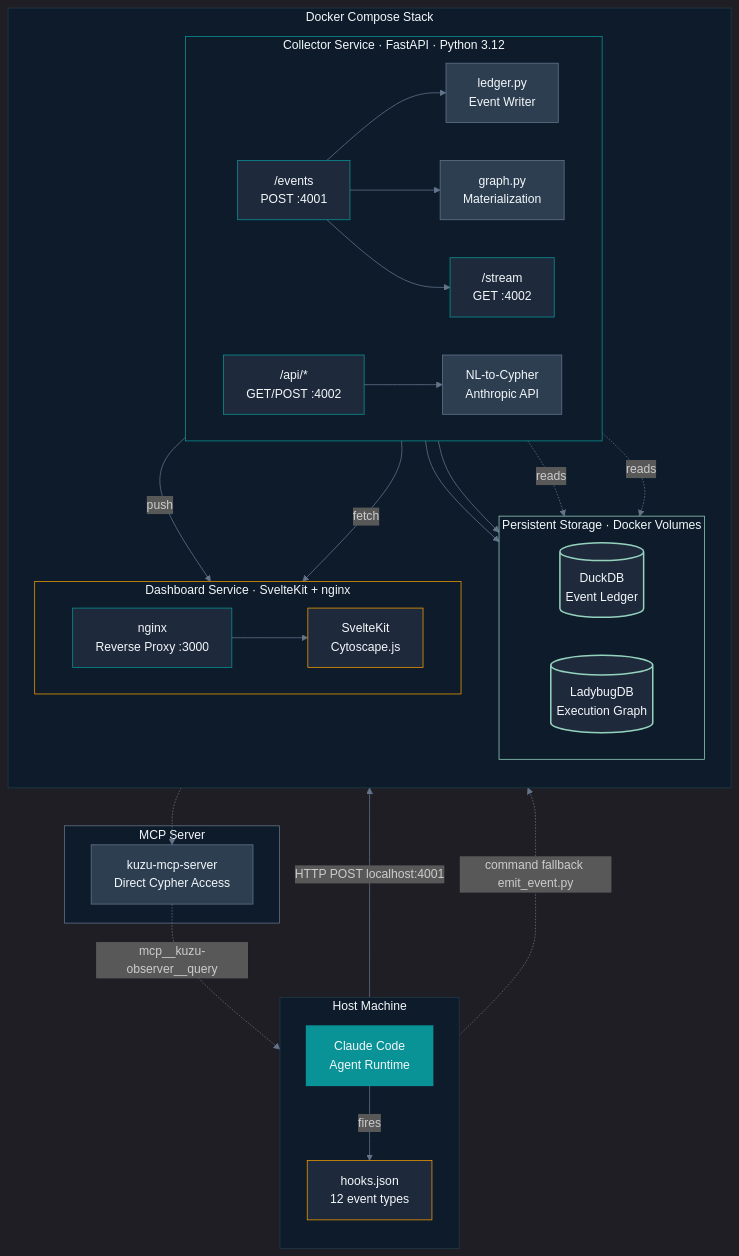
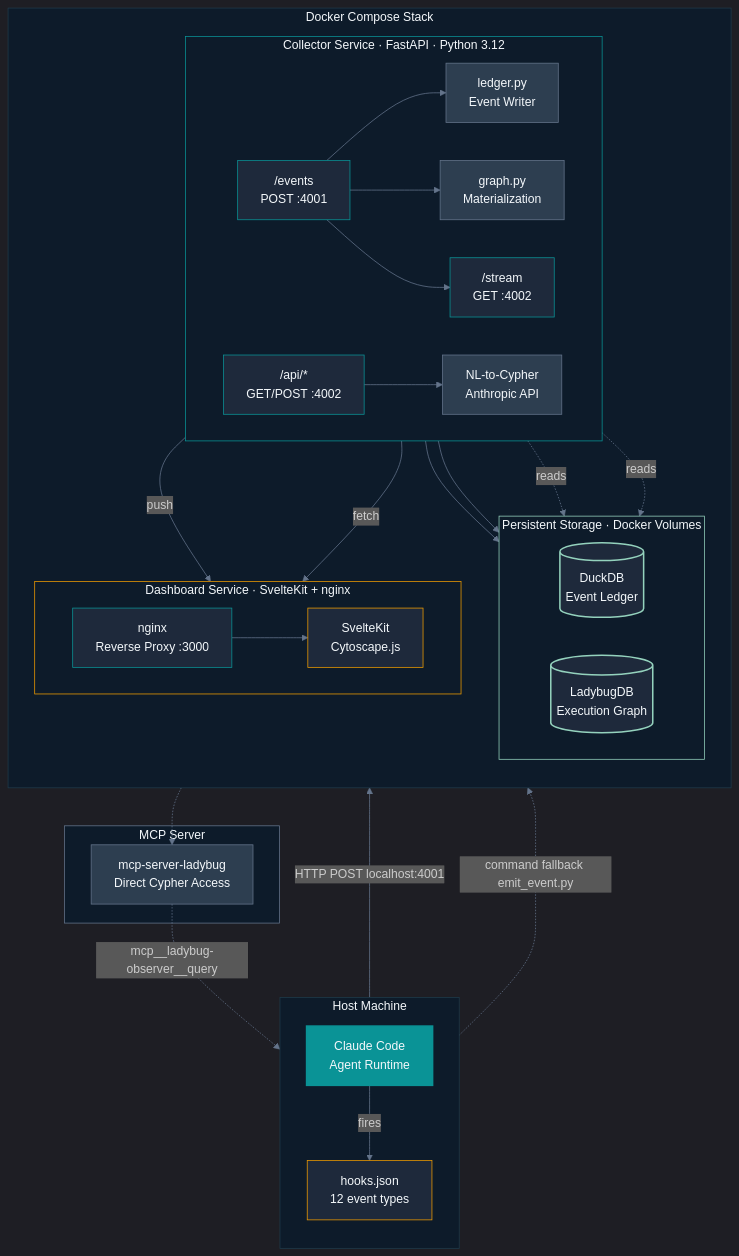
One commit to halcyondude/observable-claude changed the first of 4 diagrams in docs/architecture.md. Above: the diagram before and after it, drawn with Mermaid. The commit also changed other lines of this file and 10 other files, not shown here.

First line of the commit message:
refactor: rename kuzu references to ladybug throughout

````diff
--- a/docs/architecture.md
+++ b/docs/architecture.md
@@ -12,72 +12,72 @@
 ```mermaid
 %%{init: {'theme': 'dark', 'themeVariables': {'primaryColor': '#0A9396', 'primaryBorderColor': '#0A9396', 'primaryTextColor': '#F4F8FB', 'lineColor': '#64748B', 'secondaryColor': '#1E293B', 'tertiaryColor': '#0D1B2A'}}}%%
 flowchart TB
     subgraph HOST ["Host Machine"]
         direction TB
         CC["Claude Code<br/>Agent Runtime"]:::primary
         HOOKS["hooks.json<br/>12 event types"]:::config
 
         CC -->|fires| HOOKS
     end
 
     subgraph DOCKER ["Docker Compose Stack"]
         direction TB
         subgraph COLLECTOR ["Collector Service · FastAPI · Python 3.12"]
             direction LR
             INGEST["/events<br/>POST :4001"]:::endpoint
             SSE_EP["/stream<br/>GET :4002"]:::endpoint
             REST["/api/*<br/>GET/POST :4002"]:::endpoint
             NL["NL-to-Cypher<br/>Anthropic API"]:::module
             GRAPH_MOD["graph.py<br/>Materialization"]:::module
             LEDGER_MOD["ledger.py<br/>Event Writer"]:::module
 
             INGEST --> LEDGER_MOD
             INGEST --> GRAPH_MOD
             INGEST --> SSE_EP
             REST --> NL
         end
 
         subgraph STORAGE ["Persistent Storage · Docker Volumes"]
             direction LR
             DUCK[("DuckDB<br/>Event Ledger")]:::storage
-            KUZU[("LadybugDB<br/>Execution Graph")]:::storage
+            LADY[("LadybugDB<br/>Execution Graph")]:::storage
         end
 
         subgraph DASH_SVC ["Dashboard Service · SvelteKit + nginx"]
             direction LR
             NGINX["nginx<br/>Reverse Proxy :3000"]:::endpoint
             SVELTE["SvelteKit<br/>Cytoscape.js"]:::ui
             NGINX --> SVELTE
         end
 
         LEDGER_MOD --> DUCK
-        GRAPH_MOD --> KUZU
+        GRAPH_MOD --> LADY
         REST -.->|reads| DUCK
-        REST -.->|reads| KUZU
+        REST -.->|reads| LADY
         SSE_EP -->|push| NGINX
         REST -->|fetch| NGINX
     end
 
     subgraph MCP ["MCP Server"]
-        KUZU_MCP["kuzu-mcp-server<br/>Direct Cypher Access"]:::module
+        LADY_MCP["mcp-server-ladybug<br/>Direct Cypher Access"]:::module
     end
 
     HOOKS -->|"HTTP POST localhost:4001"| INGEST
     HOOKS -.->|"command fallback emit_event.py"| INGEST
-    KUZU -.-> KUZU_MCP
-    KUZU_MCP -.->|"mcp__kuzu-observer__query"| CC
+    LADY -.-> LADY_MCP
+    LADY_MCP -.->|"mcp__ladybug-observer__query"| CC
 
     classDef primary fill:#0A9396,stroke:#0A9396,color:#F4F8FB,stroke-width:2px
     classDef endpoint fill:#1E293B,stroke:#0A9396,color:#F4F8FB
     classDef module fill:#2D3E50,stroke:#64748B,color:#F4F8FB
     classDef storage fill:#1E293B,stroke:#94D2BD,color:#F4F8FB,stroke-width:2px
     classDef config fill:#1E293B,stroke:#EE9B00,color:#F4F8FB
     classDef ui fill:#1E293B,stroke:#EE9B00,color:#F4F8FB
 
     style HOST fill:#0D1B2A,stroke:#1E3A4A,color:#F4F8FB
     style DOCKER fill:#0D1B2A,stroke:#1E3A4A,color:#F4F8FB
     style COLLECTOR fill:#0D1B2A,stroke:#0A9396,color:#F4F8FB
     style STORAGE fill:#0D1B2A,stroke:#94D2BD,color:#F4F8FB
     style DASH_SVC fill:#0D1B2A,stroke:#EE9B00,color:#F4F8FB
     style MCP fill:#0D1B2A,stroke:#64748B,color:#F4F8FB
 ```
````
